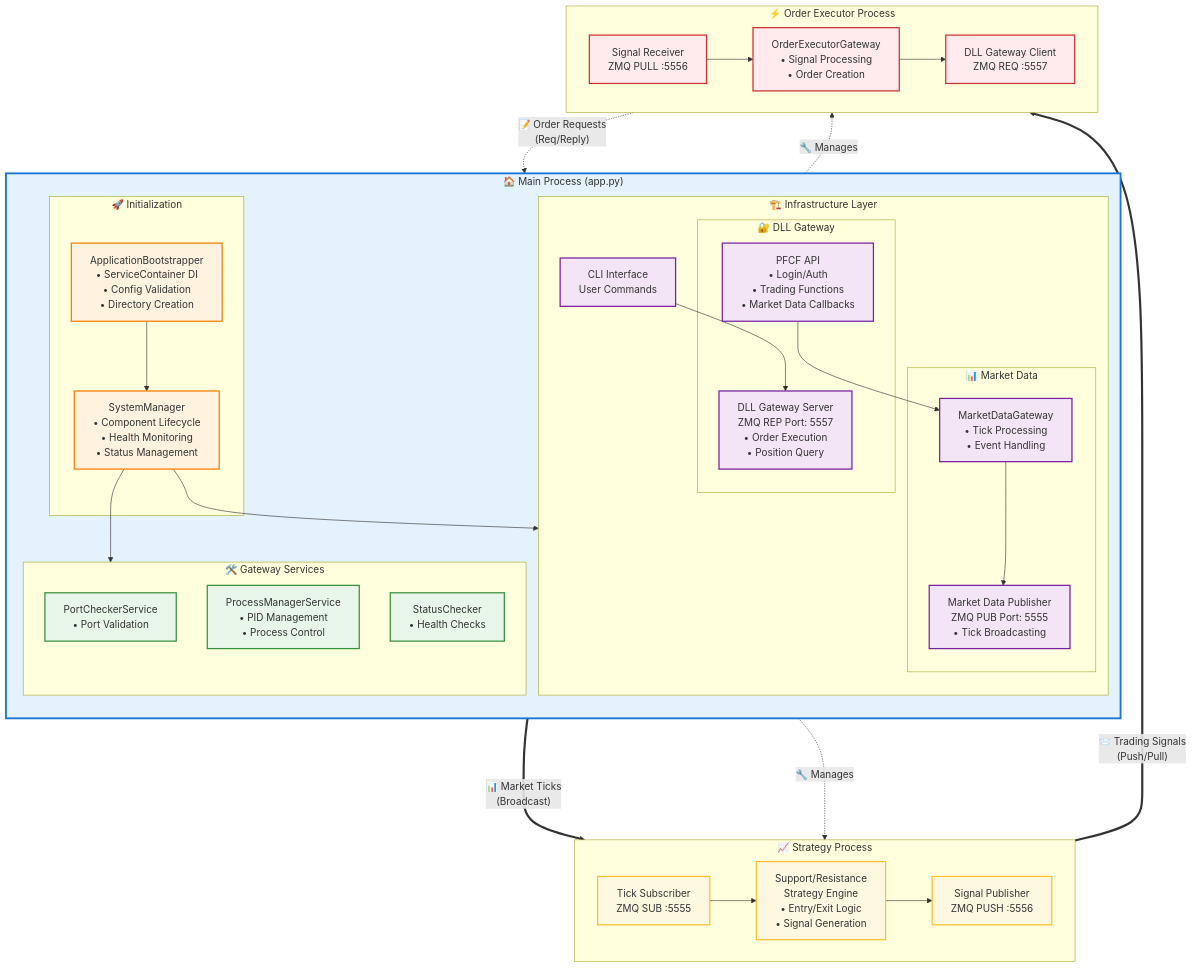
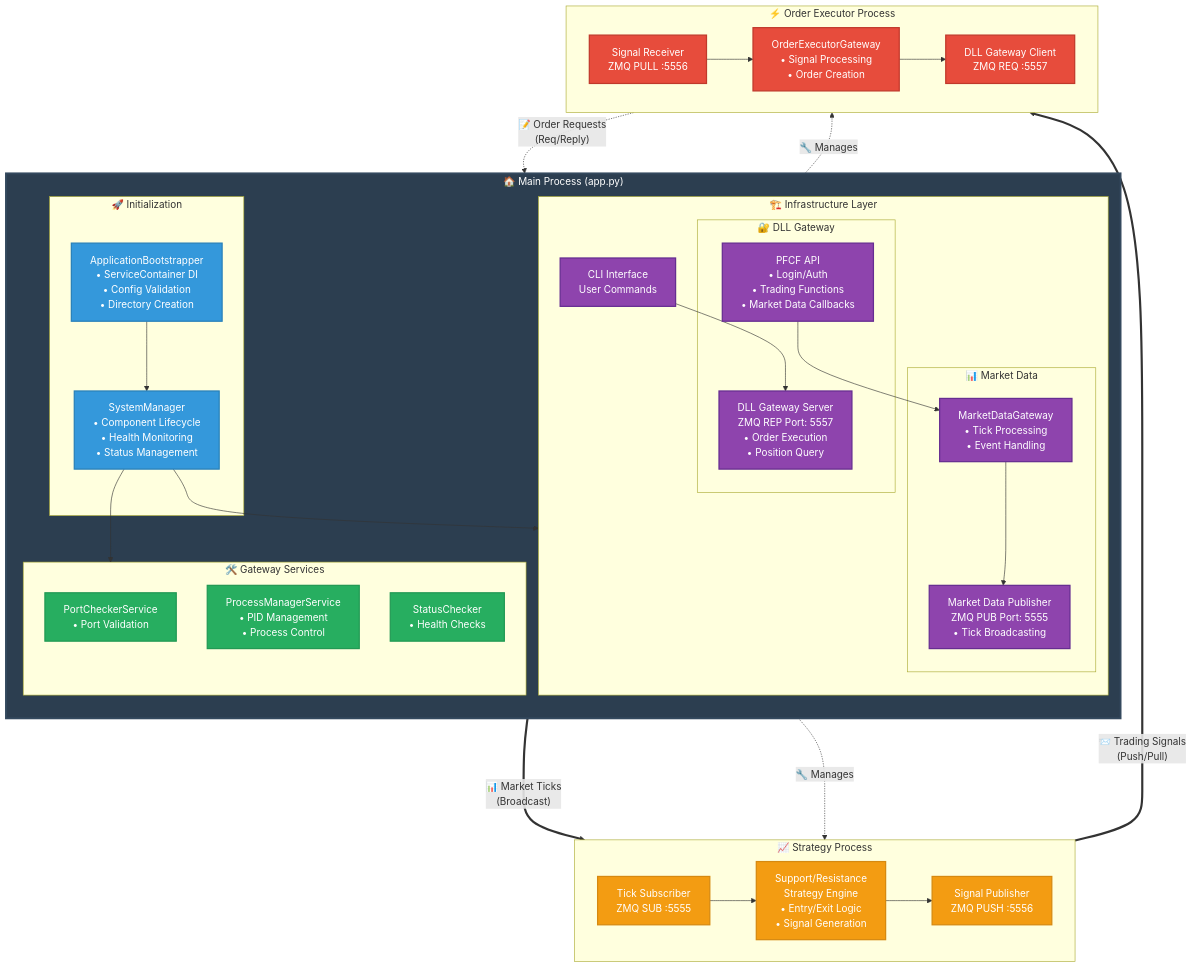
One commit to ttpss930141011/auto-futures-trading-machine changed the diagram in README.md. Above: the diagram before and after it, drawn with Mermaid.

Commit message:
style: improve Mermaid diagram color scheme for better readability
- Changed from light pastel colors to a more professional dark theme
- Added white text color for better contrast on dark backgrounds
- Used consistent color palette with better visual hierarchy
- Improved readability and visual appeal of the architecture diagram

🤖 Generated with [Claude Code](https://claude.ai/code)

```diff
--- a/README.md
+++ b/README.md
@@ -159,14 +159,14 @@
     PM -.->|"🔧 Manages"| StrategyProcess
     PM -.->|"🔧 Manages"| OrderExecutor
     
-    %% Styling
-    classDef mainBox fill:#e3f2fd,stroke:#1976d2,stroke-width:3px
-    classDef bootstrap fill:#fff3e0,stroke:#f57c00,stroke-width:2px
-    classDef infrastructure fill:#f3e5f5,stroke:#7b1fa2,stroke-width:2px
-    classDef services fill:#e8f5e9,stroke:#388e3c,stroke-width:2px
-    classDef strategy fill:#fff8e1,stroke:#fbc02d,stroke-width:2px
-    classDef executor fill:#ffebee,stroke:#d32f2f,stroke-width:2px
-    classDef dataflow stroke:#0288d1,stroke-width:3px,stroke-dasharray: 5 5
+    %% Styling - 改善配色方案
+    classDef mainBox fill:#2c3e50,stroke:#34495e,stroke-width:3px,color:#fff
+    classDef bootstrap fill:#3498db,stroke:#2980b9,stroke-width:2px,color:#fff
+    classDef infrastructure fill:#8e44ad,stroke:#662d91,stroke-width:2px,color:#fff
+    classDef services fill:#27ae60,stroke:#229954,stroke-width:2px,color:#fff
+    classDef strategy fill:#f39c12,stroke:#d68910,stroke-width:2px,color:#fff
+    classDef executor fill:#e74c3c,stroke:#c0392b,stroke-width:2px,color:#fff
+    classDef dataflow stroke:#3498db,stroke-width:3px,stroke-dasharray: 5 5
     
     class MainProcess mainBox
     class AB,SM bootstrap
```
